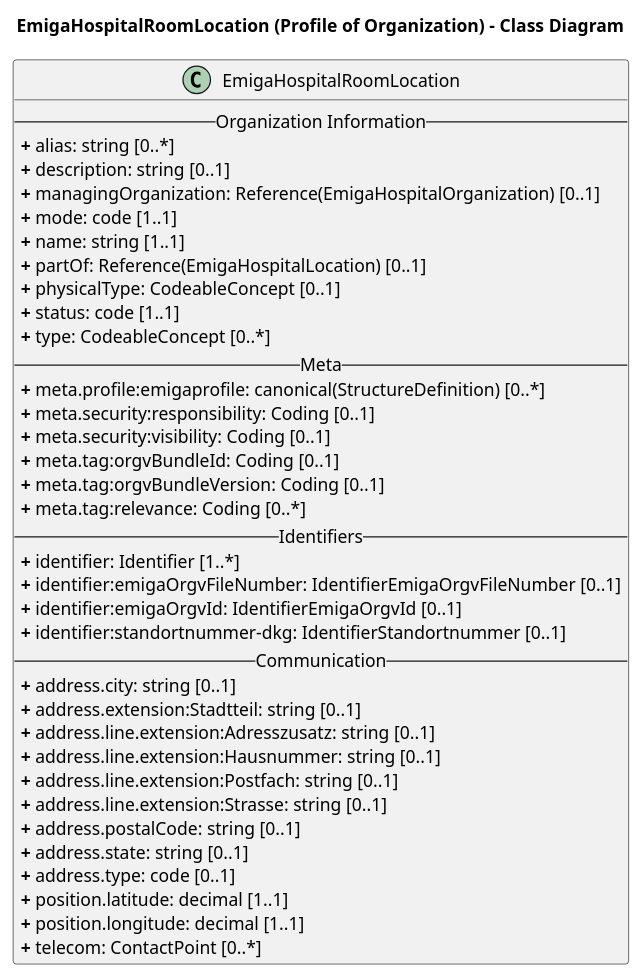
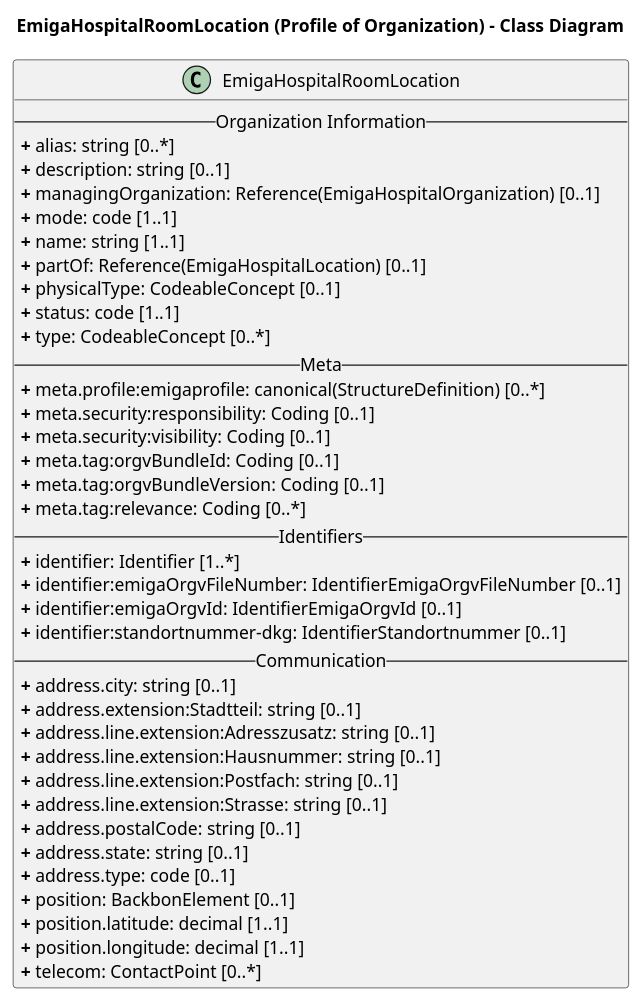
Before and after one commit to robert-koch-institut/rki.emiga.vzd: the diagram in rki.emiga.vzd/PlantUML/HospitalRoomLocation.puml, drawn with PlantUML. The commit also changed 2 other files, not shown here.

```diff
--- a/rki.emiga.vzd/PlantUML/HospitalRoomLocation.puml
+++ b/rki.emiga.vzd/PlantUML/HospitalRoomLocation.puml
@@ -1,45 +1,46 @@
 @startuml
 skinparam linetype ortho
 
 title EmigaHospitalRoomLocation (Profile of Organization) - Class Diagram
 
 ' Main Class
 class EmigaHospitalRoomLocation{
 -- Organization Information --
 <b>+</b> alias: string [0..*]
 <b>+</b> description: string [0..1]
 <b>+</b> managingOrganization: Reference(EmigaHospitalOrganization) [0..1]
 <b>+</b> mode: code [1..1]
 <b>+</b> name: string [1..1]
 <b>+</b> partOf: Reference(EmigaHospitalLocation) [0..1]
 <b>+</b> physicalType: CodeableConcept [0..1]
 <b>+</b> status: code [1..1]
 <b>+</b> type: CodeableConcept [0..*]
 -- Meta --
 <b>+</b> meta.profile:emigaprofile: canonical(StructureDefinition) [0..*]
 <b>+</b> meta.security:responsibility: Coding [0..1]
 <b>+</b> meta.security:visibility: Coding [0..1]
 <b>+</b> meta.tag:orgvBundleId: Coding [0..1]
 <b>+</b> meta.tag:orgvBundleVersion: Coding [0..1]
 <b>+</b> meta.tag:relevance: Coding [0..*]
 -- Identifiers --
 <b>+</b> identifier: Identifier [1..*] 
 <b>+</b> identifier:emigaOrgvFileNumber: IdentifierEmigaOrgvFileNumber [0..1]
 <b>+</b> identifier:emigaOrgvId: IdentifierEmigaOrgvId [0..1]
 <b>+</b> identifier:standortnummer-dkg: IdentifierStandortnummer [0..1]
 -- Communication --
 <b>+</b> address.city: string [0..1]
 <b>+</b> address.extension:Stadtteil: string [0..1]
 <b>+</b> address.line.extension:Adresszusatz: string [0..1]
 <b>+</b> address.line.extension:Hausnummer: string [0..1]
 <b>+</b> address.line.extension:Postfach: string [0..1]
 <b>+</b> address.line.extension:Strasse: string [0..1]
 <b>+</b> address.postalCode: string [0..1]
 <b>+</b> address.state: string [0..1]
 <b>+</b> address.type: code [0..1]
+<b>+</b> position: BackbonElement [0..1]
 <b>+</b> position.latitude: decimal [1..1]
 <b>+</b> position.longitude: decimal [1..1]
 <b>+</b> telecom: ContactPoint [0..*]
 }
 
 @enduml
```
